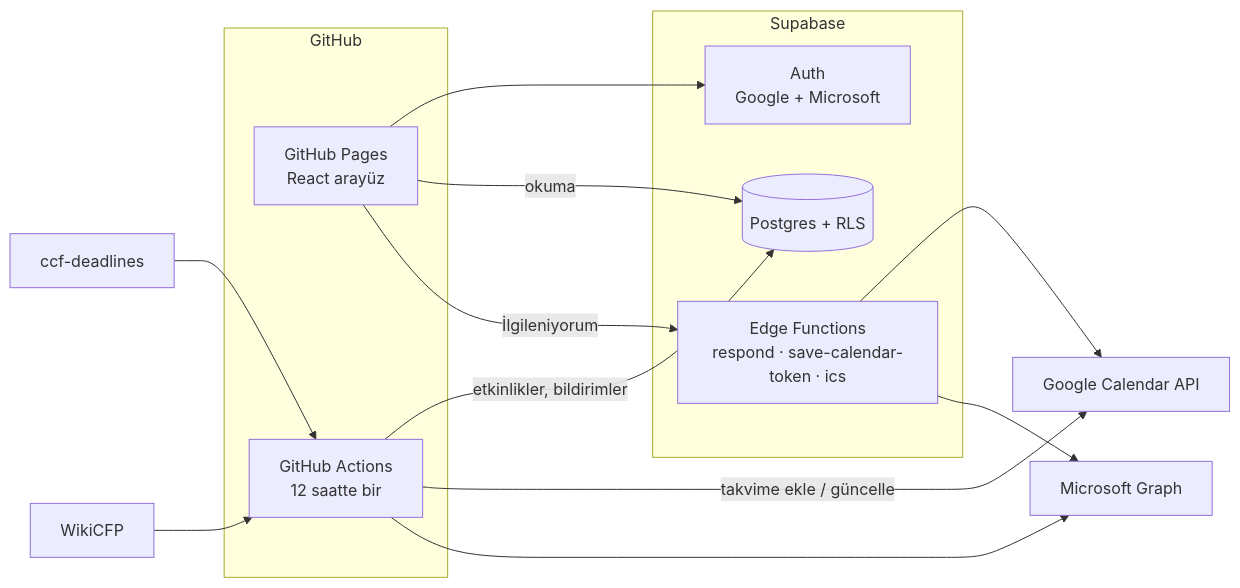
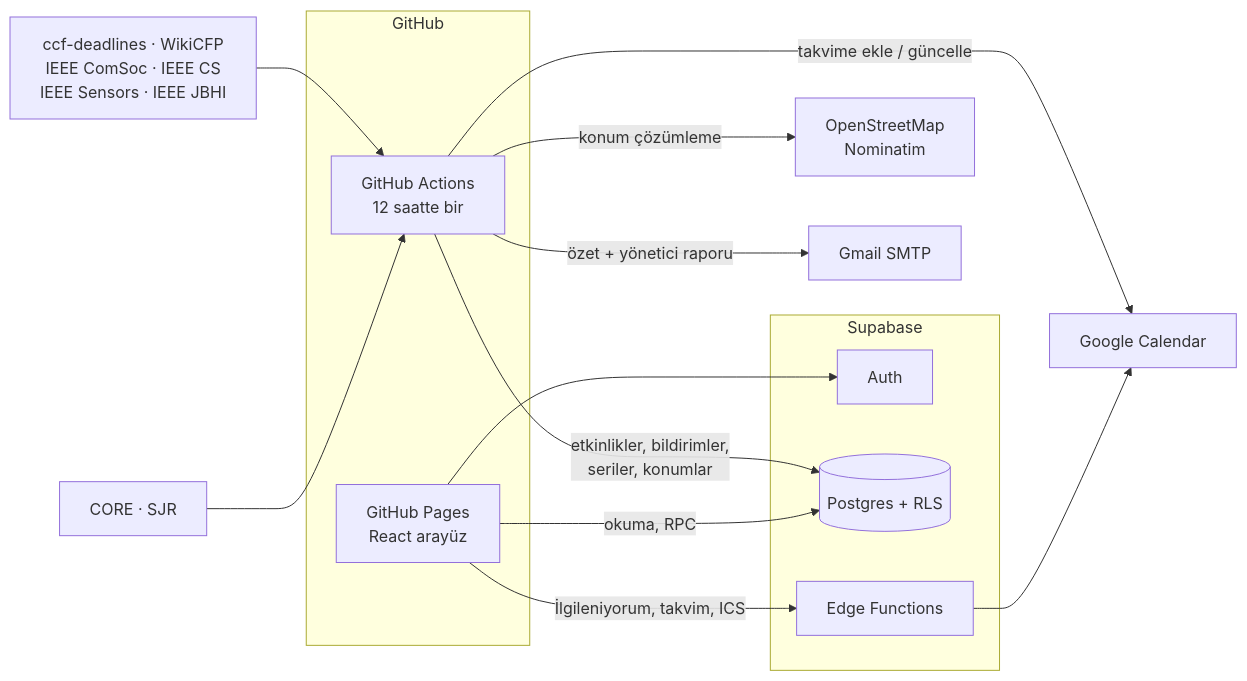
The diagram in README.md (SafakSahinn/cfp-calendar), drawn with Mermaid before and after one commit. The commit also changed other lines of this file, not shown here.

Commit message:
Update README with current features, architecture and tests

````diff
--- a/README.md
+++ b/README.md
@@ -21,22 +43,22 @@
 ```mermaid
 flowchart LR
   subgraph GitHub
     P[GitHub Pages<br/>React arayüz]
     A[GitHub Actions<br/>12 saatte bir]
   end
   subgraph Supabase
-    AUTH[Auth<br/>Google + Microsoft]
+    AUTH[Auth]
     DB[(Postgres + RLS)]
-    F[Edge Functions<br/>respond · save-calendar-token · ics]
+    F[Edge Functions]
   end
-  S1[ccf-deadlines] --> A
-  S2[WikiCFP] --> A
-  A -->|etkinlikler, bildirimler| DB
-  A -->|takvime ekle / güncelle| G[Google Calendar API]
-  A --> M[Microsoft Graph]
+  S[ccf-deadlines · WikiCFP<br/>IEEE ComSoc · IEEE CS<br/>IEEE Sensors · IEEE JBHI] --> A
+  R[CORE · SJR] --> A
+  A -->|etkinlikler, bildirimler,<br/>seriler, konumlar| DB
+  A -->|konum çözümleme| OSM[OpenStreetMap<br/>Nominatim]
+  A -->|takvime ekle / güncelle| G[Google Calendar]
+  A -->|özet + yönetici raporu| SMTP[Gmail SMTP]
   P --> AUTH
-  P -->|okuma| DB
-  P -->|İlgileniyorum| F
+  P -->|okuma, RPC| DB
+  P -->|İlgileniyorum, takvim, ICS| F
   F --> G
-  F --> M
 ```
````
